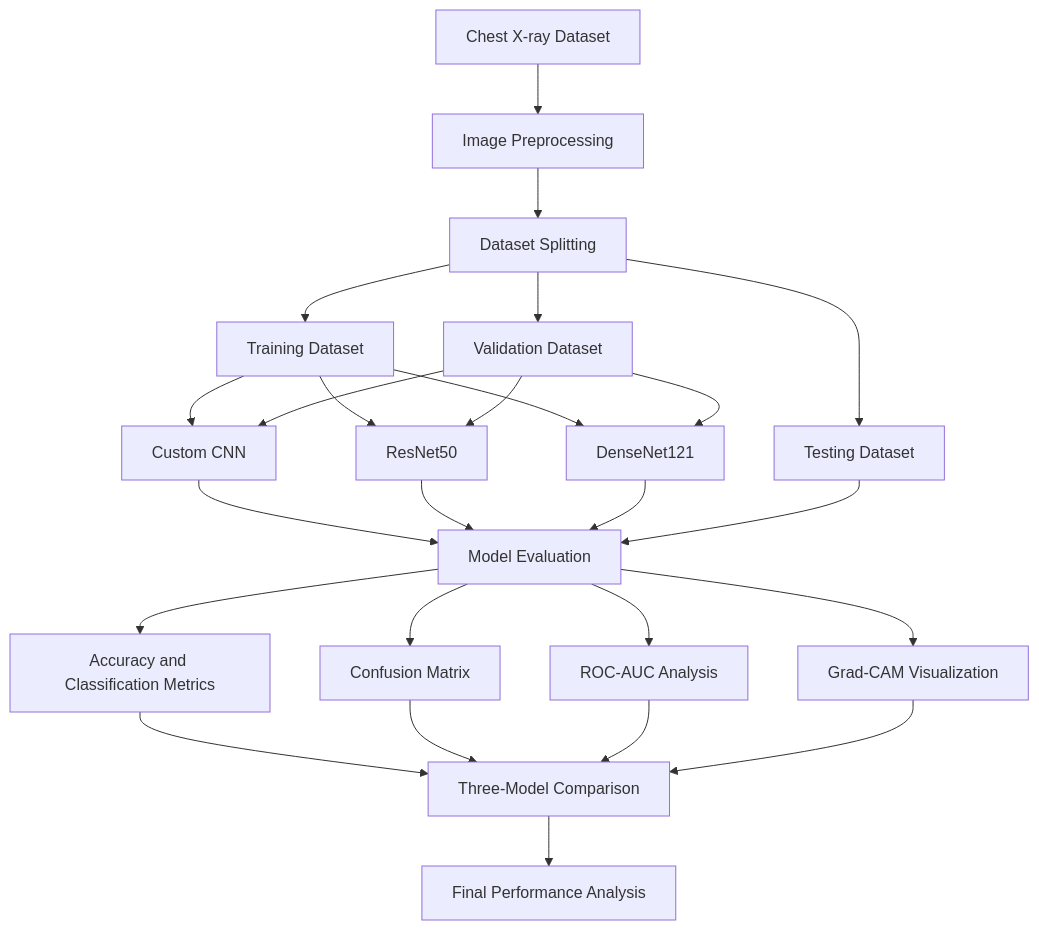
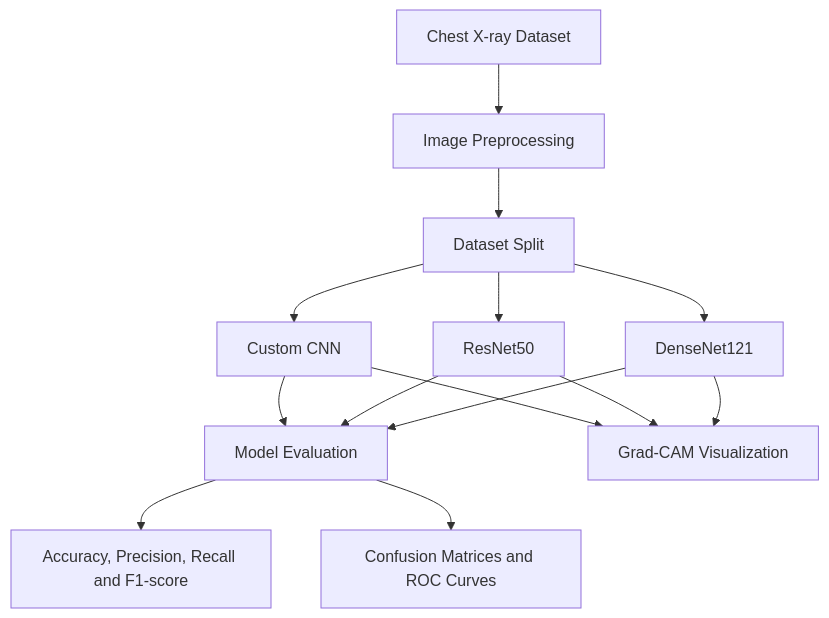
Before and after one commit to santhoshmadhavan016-ops/Advanced-COVID19-Detection-CNN: the diagram in README.md, drawn with Mermaid. The commit also changed other lines of this file, not shown here.

````diff
--- a/README.md
+++ b/README.md
@@ -98,35 +95,16 @@
 ```mermaid
 flowchart TD
-    A["Chest X-ray Dataset"] --> B["Image Preprocessing"]
-    B --> C["Dataset Splitting"]
-
-    C --> D["Training Dataset"]
-    C --> E["Validation Dataset"]
-    C --> F["Testing Dataset"]
-
-    D --> G["Custom CNN"]
-    D --> H["ResNet50"]
-    D --> I["DenseNet121"]
-
-    E --> G
-    E --> H
-    E --> I
-
-    G --> J["Model Evaluation"]
-    H --> J
-    I --> J
-
-    F --> J
-
-    J --> K["Accuracy and Classification Metrics"]
-    J --> L["Confusion Matrix"]
-    J --> M["ROC-AUC Analysis"]
-    J --> N["Grad-CAM Visualization"]
-
-    K --> O["Three-Model Comparison"]
-    L --> O
-    M --> O
-    N --> O
-
-    O --> P["Final Performance Analysis"]
+    A[Chest X-ray Dataset] --> B[Image Preprocessing]
+    B --> C[Dataset Split]
+    C --> D1[Custom CNN]
+    C --> D2[ResNet50]
+    C --> D3[DenseNet121]
+    D1 --> E[Model Evaluation]
+    D2 --> E
+    D3 --> E
+    E --> F[Accuracy, Precision, Recall and F1-score]
+    E --> G[Confusion Matrices and ROC Curves]
+    D1 --> H[Grad-CAM Visualization]
+    D2 --> H
+    D3 --> H
 ```
````
